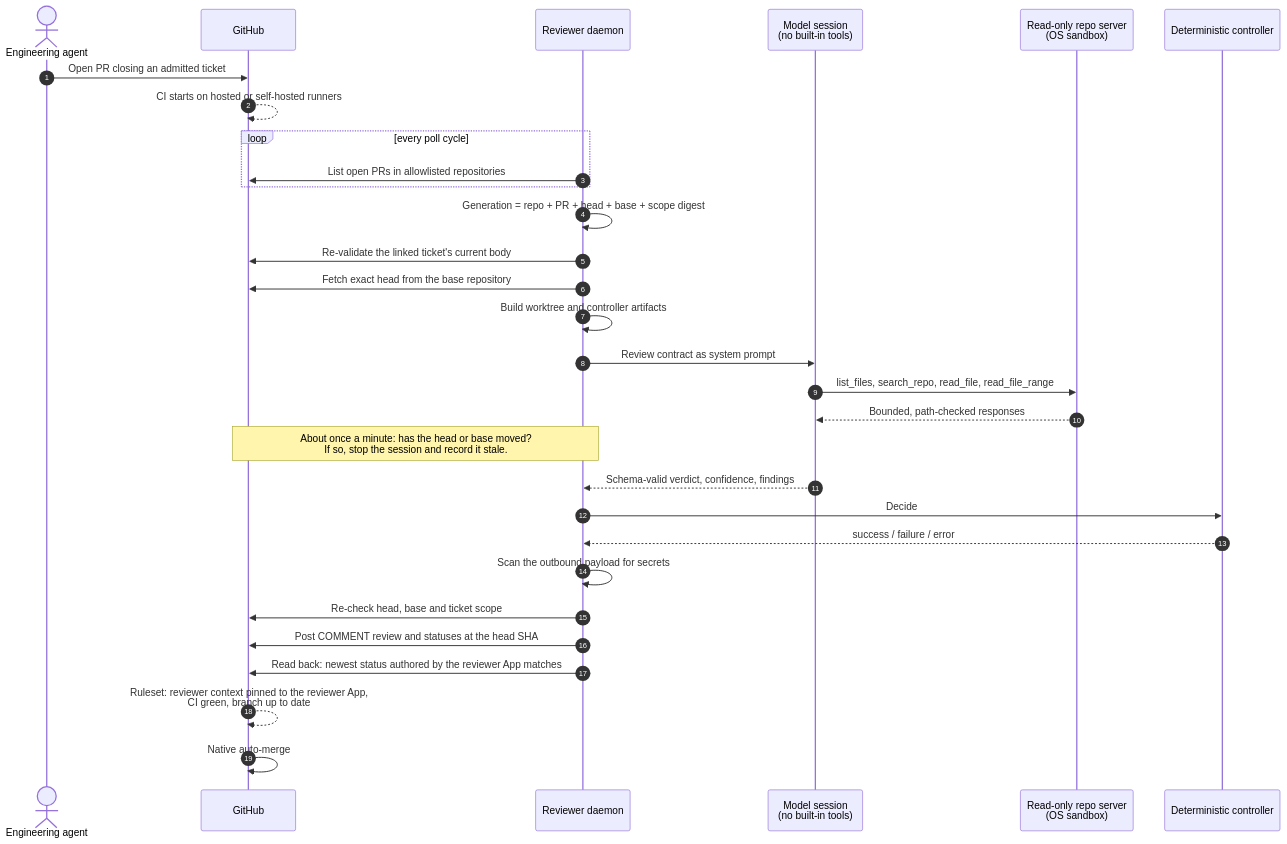
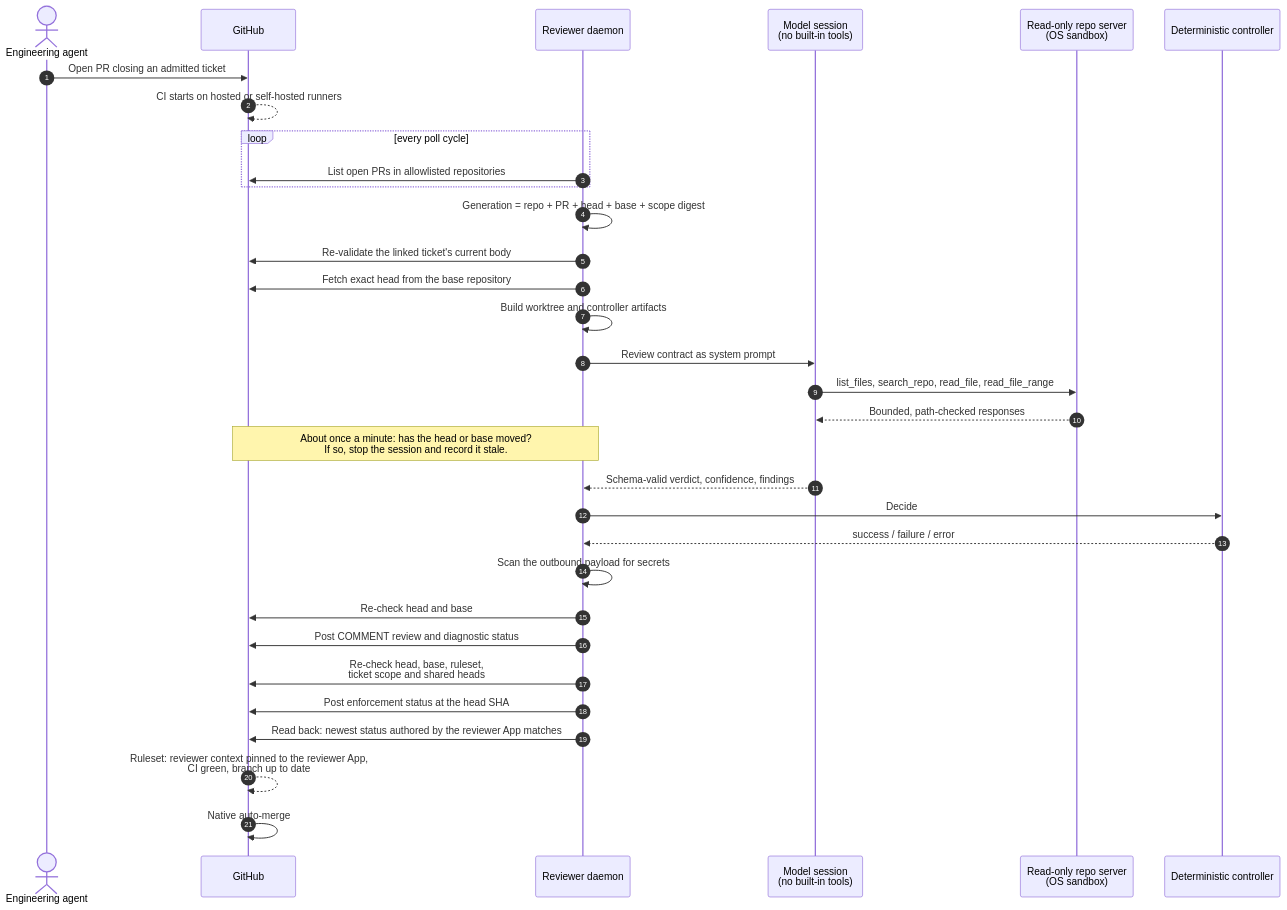
One commit to mk-global/engineering-showcase changed the first of 2 diagrams in docs/architecture/independent-reviewer.md. Above: the diagram before and after it, drawn with Mermaid. The commit also changed other lines of this file and 17 other files, not shown here.

First line of the commit message:
Correct technical claims and diagrams found by the 2026-11-08 review (#5)

````diff
--- a/docs/architecture/independent-reviewer.md
+++ b/docs/architecture/independent-reviewer.md
@@ -51,33 +53,35 @@
 ```mermaid
 sequenceDiagram
     autonumber
     actor Agent as Engineering agent
     participant GH as GitHub
     participant D as Reviewer daemon
     participant M as Model session<br/>(no built-in tools)
     participant R as Read-only repo server<br/>(OS sandbox)
     participant C as Deterministic controller
 
     Agent->>GH: Open PR closing an admitted ticket
     GH-->>GH: CI starts on hosted or self-hosted runners
     loop every poll cycle
         D->>GH: List open PRs in allowlisted repositories
     end
     D->>D: Generation = repo + PR + head + base + scope digest
     D->>GH: Re-validate the linked ticket's current body
     D->>GH: Fetch exact head from the base repository
     D->>D: Build worktree and controller artifacts
     D->>M: Review contract as system prompt
     M->>R: list_files, search_repo, read_file, read_file_range
     R-->>M: Bounded, path-checked responses
     Note over D,GH: About once a minute: has the head or base moved?<br/>If so, stop the session and record it stale.
     M-->>D: Schema-valid verdict, confidence, findings
     D->>C: Decide
     C-->>D: success / failure / error
     D->>D: Scan the outbound payload for secrets
-    D->>GH: Re-check head, base and ticket scope
-    D->>GH: Post COMMENT review and statuses at the head SHA
+    D->>GH: Re-check head and base
+    D->>GH: Post COMMENT review and diagnostic status
+    D->>GH: Re-check head, base, ruleset,<br/>ticket scope and shared heads
+    D->>GH: Post enforcement status at the head SHA
     D->>GH: Read back: newest status authored by the reviewer App matches
     GH-->>GH: Ruleset: reviewer context pinned to the reviewer App,<br/>CI green, branch up to date
     GH->>GH: Native auto-merge
 ```
````
